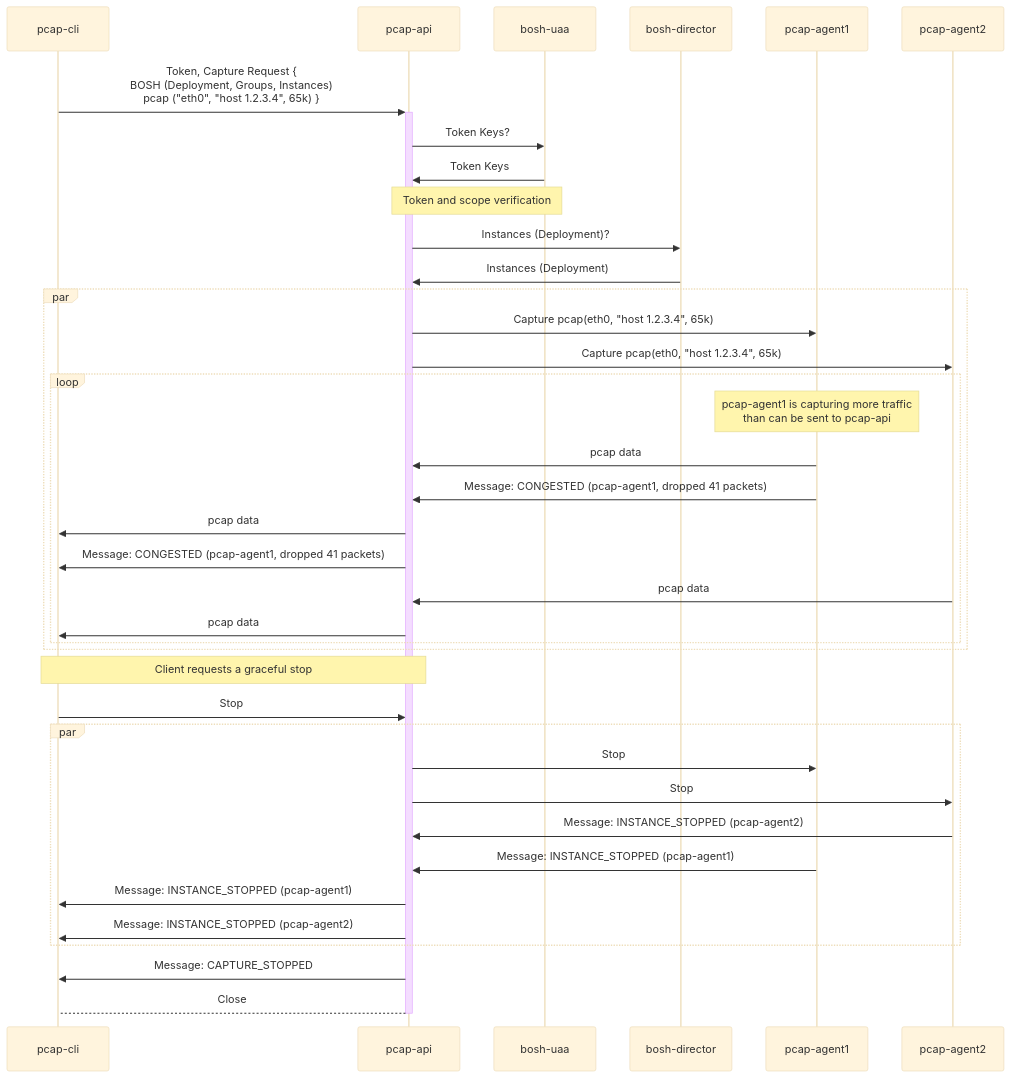
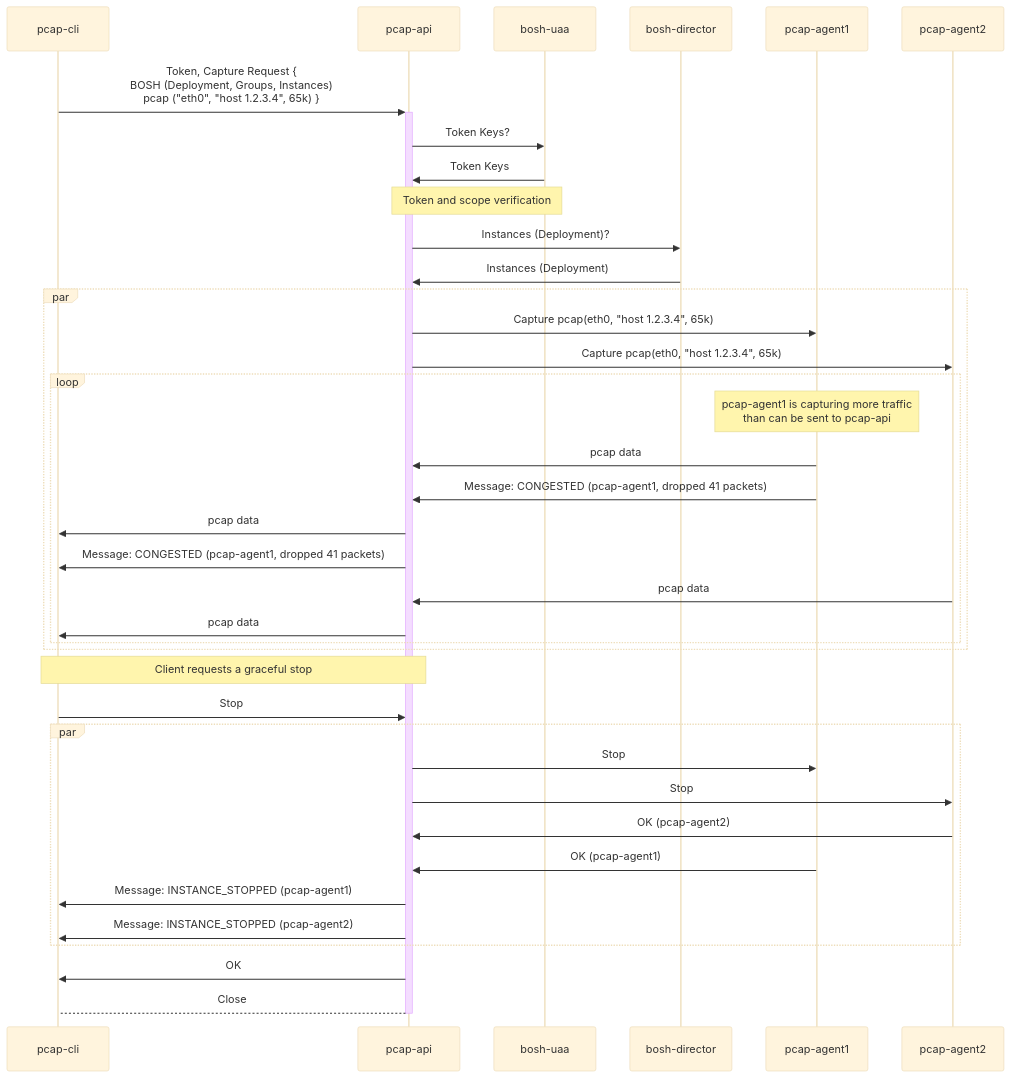
Before and after one commit to cloudfoundry/pcap-release: diagram 20 of 21 in docs/api-communication-spec.md, drawn with Mermaid (base theme). The commit also changed other lines of this file, not shown here.

Commit message:
docs(api): adapted all use cases to native gRPC status codes where applicable

````diff
--- a/docs/api-communication-spec.md
+++ b/docs/api-communication-spec.md
@@ -827,35 +817,35 @@
 ```mermaid
 sequenceDiagram
     pcap-cli ->>+ pcap-api: Token, Capture Request {<br/>BOSH (Deployment, Groups, Instances)<br/>pcap ("eth0", "host 1.2.3.4", 65k) }
     pcap-api ->> bosh-uaa: Token Keys?
     bosh-uaa ->> pcap-api: Token Keys
     note over pcap-api, bosh-uaa: Token and scope verification    
     pcap-api ->> bosh-director: Instances (Deployment)?
     bosh-director ->> pcap-api: Instances (Deployment)
     par
         pcap-api ->> pcap-agent1: Capture pcap(eth0, "host 1.2.3.4", 65k)
         pcap-api ->> pcap-agent2: Capture pcap(eth0, "host 1.2.3.4", 65k)
         loop
             note over pcap-agent1: pcap-agent1 is capturing more traffic<br/>than can be sent to pcap-api
             pcap-agent1 ->> pcap-api: pcap data
             pcap-agent1 ->> pcap-api: Message: CONGESTED (pcap-agent1, dropped 41 packets)
             pcap-api ->> pcap-cli: pcap data
             pcap-api ->> pcap-cli: Message: CONGESTED (pcap-agent1, dropped 41 packets)
             pcap-agent2 ->> pcap-api: pcap data
             pcap-api ->> pcap-cli: pcap data
         end
     end
     note over pcap-cli, pcap-api: Client requests a graceful stop
     pcap-cli ->> pcap-api: Stop
     par
         pcap-api ->> pcap-agent1: Stop
         pcap-api ->> pcap-agent2: Stop
-        pcap-agent2 ->> pcap-api: Message: INSTANCE_STOPPED (pcap-agent2)
-        pcap-agent1 ->> pcap-api: Message: INSTANCE_STOPPED (pcap-agent1)
+        pcap-agent2 ->> pcap-api: OK (pcap-agent2)
+        pcap-agent1 ->> pcap-api: OK (pcap-agent1)
         pcap-api ->> pcap-cli: Message: INSTANCE_STOPPED (pcap-agent1)
         pcap-api ->> pcap-cli: Message: INSTANCE_STOPPED (pcap-agent2)
     end
 
-    pcap-api ->> pcap-cli: Message: CAPTURE_STOPPED
+    pcap-api ->> pcap-cli: OK
     pcap-api -->- pcap-cli: Close
 ```
````
